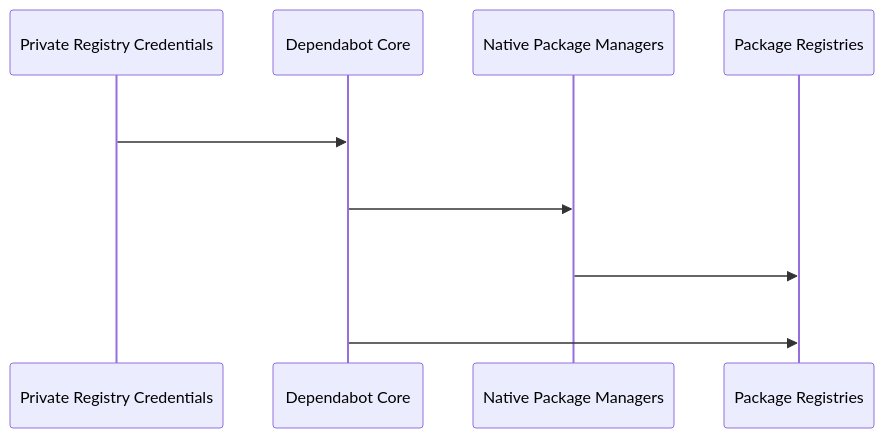
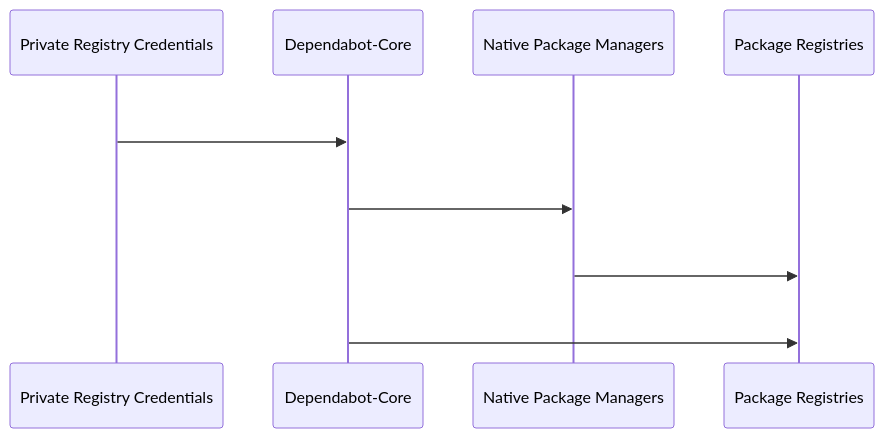
The second of 3 diagrams in README.md (dependabot/dependabot-core), drawn with Mermaid before and after one commit. The commit also changed other lines of this file and 1 other file, not shown here.

````diff
--- a/README.md
+++ b/README.md
@@ -278,7 +418,7 @@
 ```mermaid
 sequenceDiagram
-    Private Registry Credentials->>Dependabot Core:<br />
-    Dependabot Core->>Native Package Managers:<br />
+    Private Registry Credentials->>Dependabot-Core:<br />
+    Dependabot-Core->>Native Package Managers:<br />
     Native Package Managers->>Package Registries:<br />
-    Dependabot Core->>Package Registries:<br />
+    Dependabot-Core->>Package Registries:<br />
 ```
````
